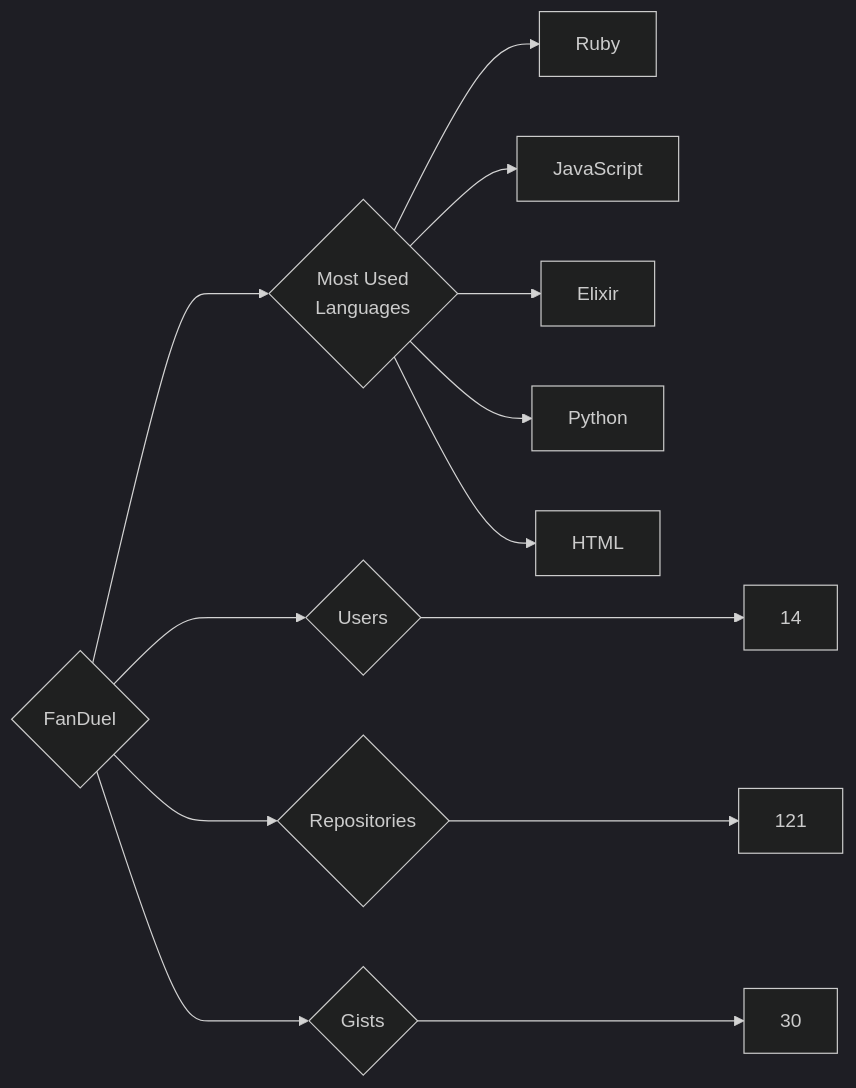
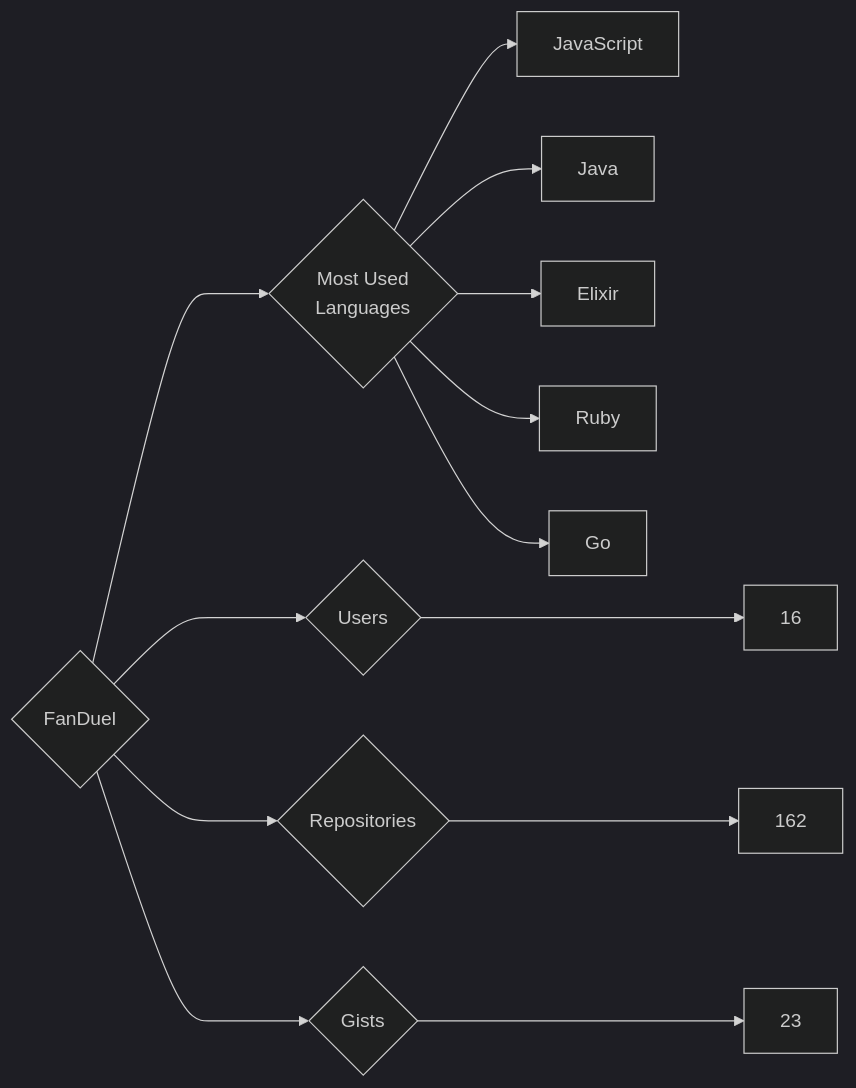
Before and after one commit to trickest/insiders: the diagram in targets/FanDuel/README.md, drawn with Mermaid (dark theme). The commit also changed 1238 other files, not shown here.

````diff
--- a/targets/FanDuel/README.md
+++ b/targets/FanDuel/README.md
@@ -3,13 +3,13 @@
 ```mermaid
 graph LR
 COMPANY_NAME{FanDuel}
-COMPANY_NAME ---> U{Users} ---> UN[14]
-COMPANY_NAME ---> R{Repositories} ---> RN[121]
-COMPANY_NAME ---> G{Gists} ---> GN[30]
+COMPANY_NAME ---> U{Users} ---> UN[16]
+COMPANY_NAME ---> R{Repositories} ---> RN[162]
+COMPANY_NAME ---> G{Gists} ---> GN[23]
 COMPANY_NAME ---> ML{Most Used<br>Languages}
+ML --> JavaScript[JavaScript]
+ML --> Java[Java]
+ML --> Elixir[Elixir]
 ML --> Ruby[Ruby]
-ML --> JavaScript[JavaScript]
-ML --> Elixir[Elixir]
-ML --> Python[Python]
-ML --> HTML[HTML]
+ML --> Go[Go]
 ```
````
